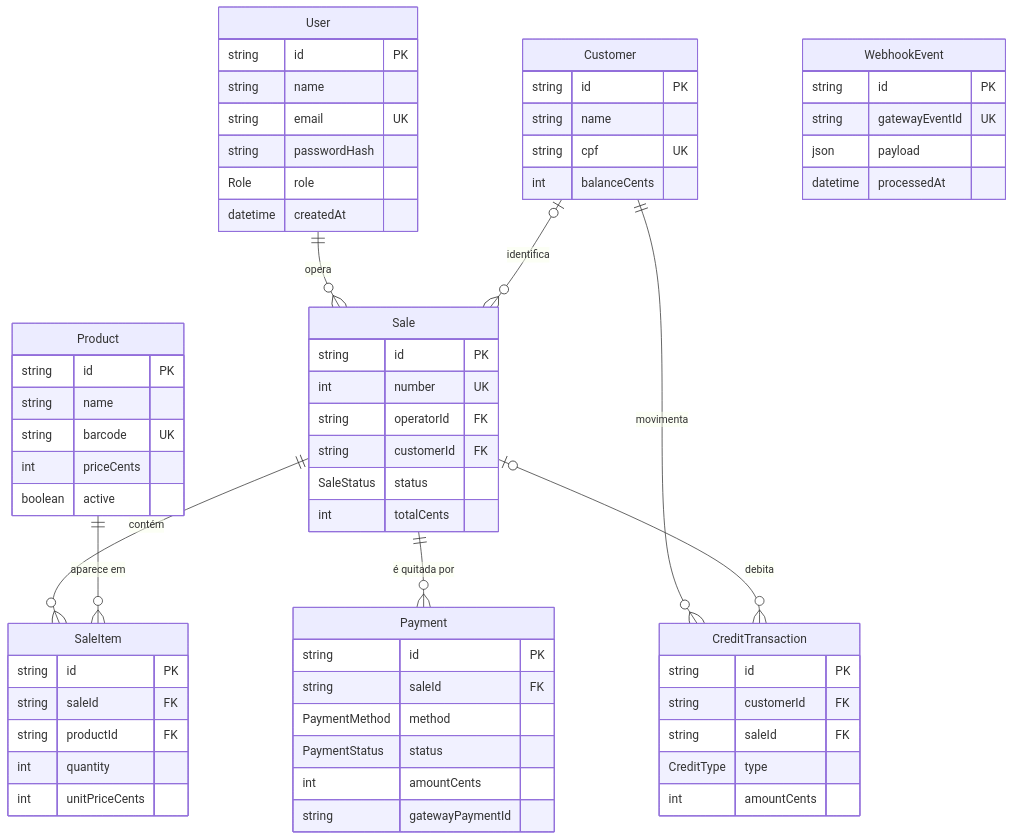
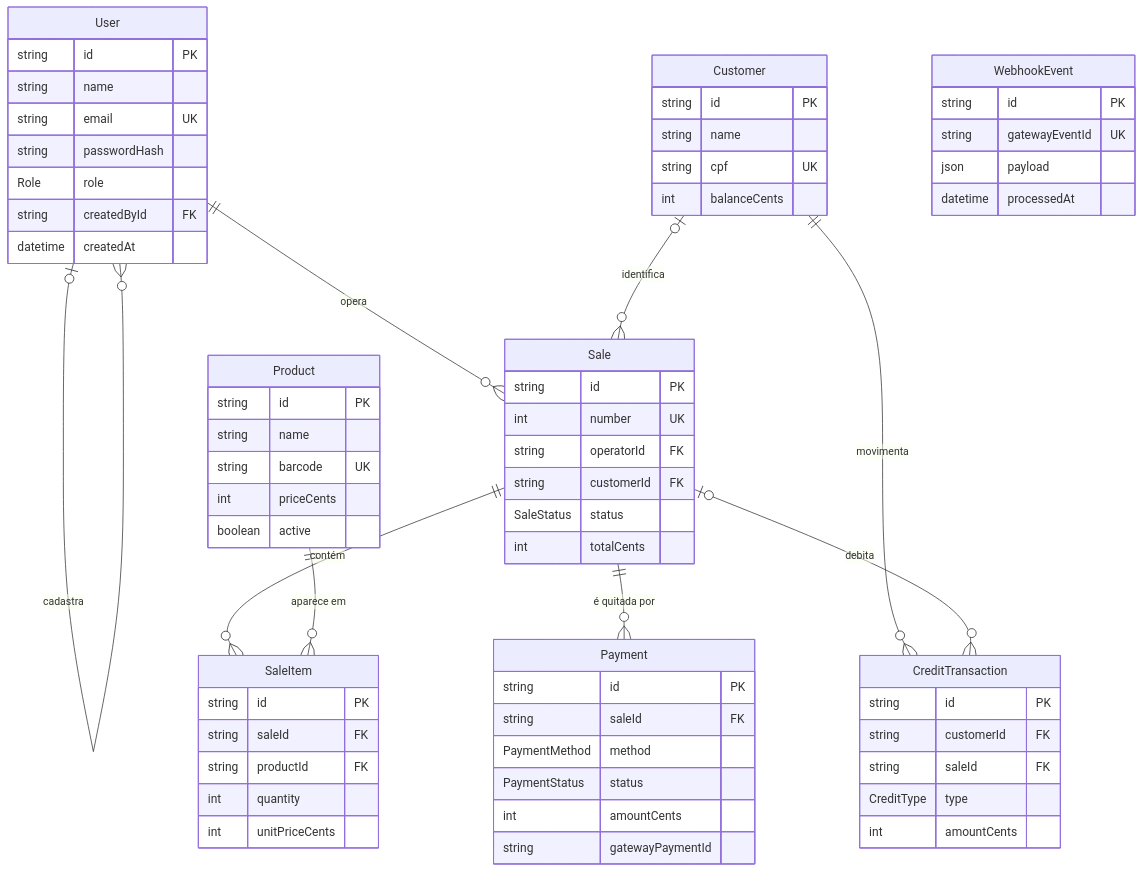
The diagram in docs/architecture.md (JhonPaulMR/bleep-checkout), drawn with Mermaid before and after one commit. The commit also changed other lines of this file and 45 other files, not shown here.

````diff
--- a/docs/architecture.md
+++ b/docs/architecture.md
@@ -193,68 +191,70 @@
 ```mermaid
 erDiagram
+  User |o--o{ User : "cadastra"
   User ||--o{ Sale : "opera"
   Customer |o--o{ Sale : "identifica"
   Customer ||--o{ CreditTransaction : "movimenta"
   Sale ||--o{ SaleItem : "contém"
   Product ||--o{ SaleItem : "aparece em"
   Sale ||--o{ Payment : "é quitada por"
   Sale |o--o{ CreditTransaction : "debita"
 
   User {
     string id PK
     string name
     string email UK
     string passwordHash
     Role role
+    string createdById FK
     datetime createdAt
   }
   Product {
     string id PK
     string name
     string barcode UK
     int priceCents
     boolean active
   }
   Customer {
     string id PK
     string name
     string cpf UK
     int balanceCents
   }
   CreditTransaction {
     string id PK
     string customerId FK
     string saleId FK
     CreditType type
     int amountCents
   }
   Sale {
     string id PK
     int number UK
     string operatorId FK
     string customerId FK
     SaleStatus status
     int totalCents
   }
   SaleItem {
     string id PK
     string saleId FK
     string productId FK
     int quantity
     int unitPriceCents
   }
   Payment {
     string id PK
     string saleId FK
     PaymentMethod method
     PaymentStatus status
     int amountCents
     string gatewayPaymentId
   }
   WebhookEvent {
     string id PK
     string gatewayEventId UK
     json payload
     datetime processedAt
   }
 ```
````
